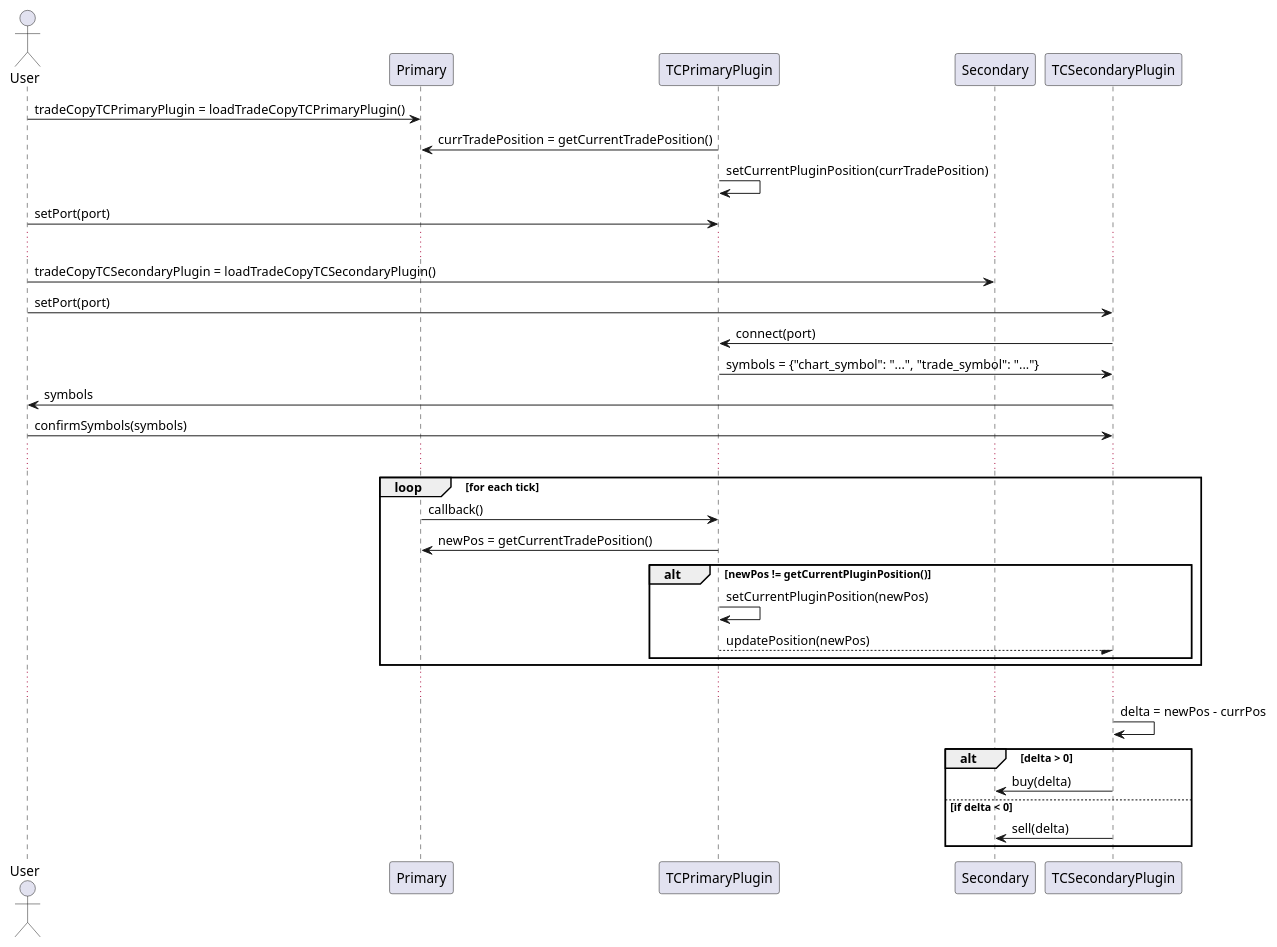
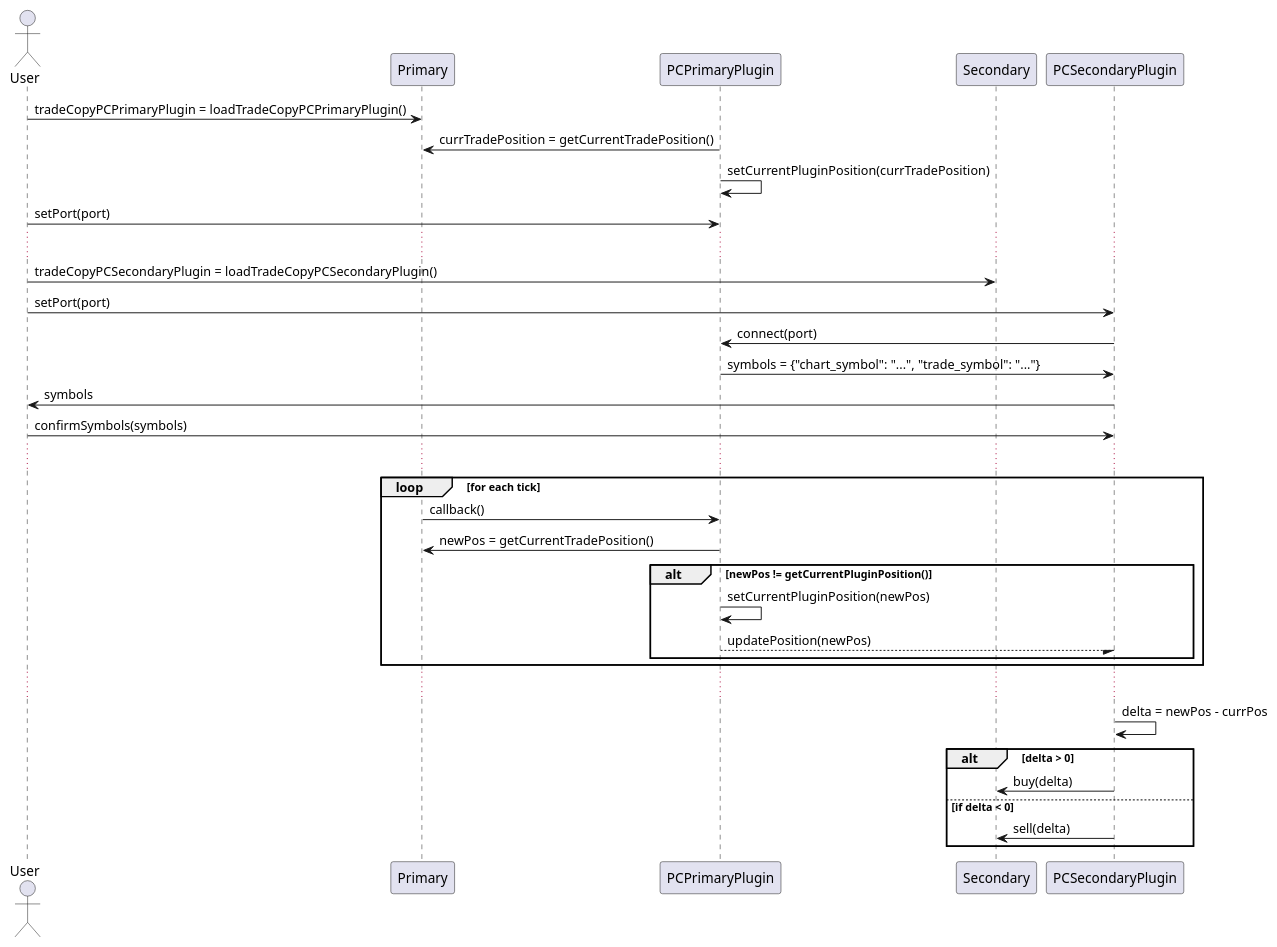
The first of 2 diagrams in dev/design.org (sohailsomani/sc_position_copy), drawn with PlantUML before and after one commit. The commit also changed other lines of this file and 8 other files, not shown here.

```diff
--- a/dev/design.org
+++ b/dev/design.org
@@ -3,38 +3,38 @@
 #+begin_src plantuml :file sequence.png
   @startuml
 
   actor User
   participant Primary
-  participant TCPrimaryPlugin
+  participant PCPrimaryPlugin
   participant Secondary
-  participant TCSecondaryPlugin
+  participant PCSecondaryPlugin
 
-  User -> Primary: tradeCopyTCPrimaryPlugin = loadTradeCopyTCPrimaryPlugin()
-  TCPrimaryPlugin -> Primary: currTradePosition = getCurrentTradePosition()
-  TCPrimaryPlugin -> TCPrimaryPlugin: setCurrentPluginPosition(currTradePosition)
-  User -> TCPrimaryPlugin: setPort(port)
+  User -> Primary: tradeCopyPCPrimaryPlugin = loadTradeCopyPCPrimaryPlugin()
+  PCPrimaryPlugin -> Primary: currTradePosition = getCurrentTradePosition()
+  PCPrimaryPlugin -> PCPrimaryPlugin: setCurrentPluginPosition(currTradePosition)
+  User -> PCPrimaryPlugin: setPort(port)
   ...
-  User -> Secondary: tradeCopyTCSecondaryPlugin = loadTradeCopyTCSecondaryPlugin()
-  User -> TCSecondaryPlugin: setPort(port)
-  TCSecondaryPlugin -> TCPrimaryPlugin: connect(port)
-  TCPrimaryPlugin -> TCSecondaryPlugin: symbols = {"chart_symbol": "...", "trade_symbol": "..."}
-  TCSecondaryPlugin -> User: symbols
-  User -> TCSecondaryPlugin: confirmSymbols(symbols)
+  User -> Secondary: tradeCopyPCSecondaryPlugin = loadTradeCopyPCSecondaryPlugin()
+  User -> PCSecondaryPlugin: setPort(port)
+  PCSecondaryPlugin -> PCPrimaryPlugin: connect(port)
+  PCPrimaryPlugin -> PCSecondaryPlugin: symbols = {"chart_symbol": "...", "trade_symbol": "..."}
+  PCSecondaryPlugin -> User: symbols
+  User -> PCSecondaryPlugin: confirmSymbols(symbols)
   ...
   loop for each tick
-  Primary -> TCPrimaryPlugin: callback()
-  TCPrimaryPlugin -> Primary: newPos = getCurrentTradePosition()
+  Primary -> PCPrimaryPlugin: callback()
+  PCPrimaryPlugin -> Primary: newPos = getCurrentTradePosition()
   alt newPos != getCurrentPluginPosition()
-    TCPrimaryPlugin -> TCPrimaryPlugin: setCurrentPluginPosition(newPos)
-    TCPrimaryPlugin --/ TCSecondaryPlugin: updatePosition(newPos)
+    PCPrimaryPlugin -> PCPrimaryPlugin: setCurrentPluginPosition(newPos)
+    PCPrimaryPlugin --/ PCSecondaryPlugin: updatePosition(newPos)
   end
   end
   ...
-  TCSecondaryPlugin -> TCSecondaryPlugin: delta = newPos - currPos
+  PCSecondaryPlugin -> PCSecondaryPlugin: delta = newPos - currPos
   alt delta > 0
-    TCSecondaryPlugin -> Secondary: buy(delta)
+    PCSecondaryPlugin -> Secondary: buy(delta)
   else if delta < 0
-    TCSecondaryPlugin -> Secondary: sell(delta)
+    PCSecondaryPlugin -> Secondary: sell(delta)
   end
   @enduml
 #+end_src
```
